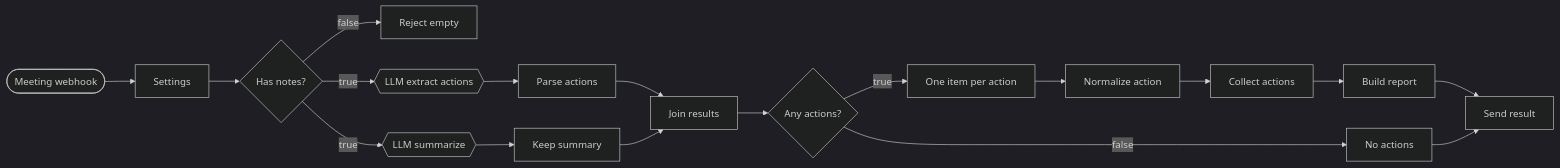
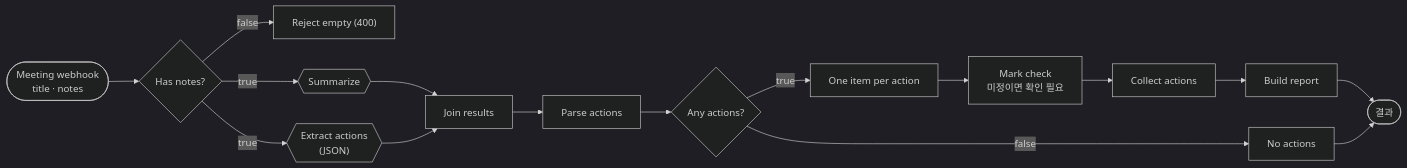
Before and after one commit to jbbdyee/ai-engineering-lab: the first of 2 diagrams in Last3Mon/66/README.md, drawn with Mermaid (dark theme). The commit also changed other lines of this file and 40 other files, not shown here.

````diff
--- a/Last3Mon/66/README.md
+++ b/Last3Mon/66/README.md
@@ -10,10 +11,10 @@
 ```mermaid
 flowchart LR
-  W(["Meeting webhook"]) --> S["Settings"] --> H{"Has notes?"}
-  H -->|false| R0["Reject empty"]
-  H -->|true| L1{{"LLM extract actions"}} --> P["Parse actions"] --> J["Join results"]
-  H -->|true| L2{{"LLM summarize"}} --> K["Keep summary"] --> J
-  J --> A{"Any actions?"}
-  A -->|true| SO["One item per action"] --> N["Normalize action"] --> AG["Collect actions"] --> B["Build report"] --> R["Send result"]
-  A -->|false| NA["No actions"] --> R
+  W(["Meeting webhook<br/>title · notes"]) --> H{"Has notes?"}
+  H -->|false| R0["Reject empty (400)"]
+  H -->|true| S{{"Summarize"}} --> J["Join results"]
+  H -->|true| E{{"Extract actions<br/>(JSON)"}} --> J
+  J --> P["Parse actions"] --> A{"Any actions?"}
+  A -->|true| SO["One item per action"] --> M["Mark check<br/>미정이면 확인 필요"] --> C["Collect actions"] --> B["Build report"] --> R(["결과"])
+  A -->|false| N["No actions"] --> R
 ```
````
